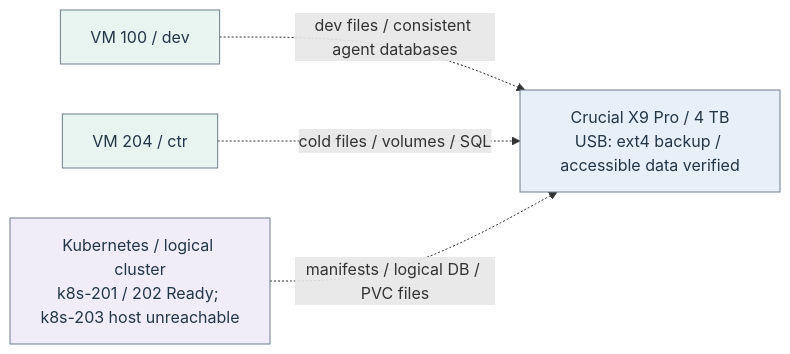
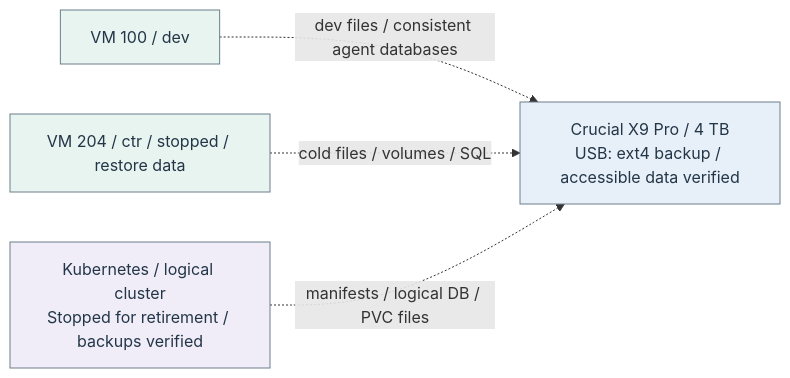
Before and after one commit to Harsh-2002/Homelab: the diagram in docs/architecture/flow-15.mmd, drawn with Mermaid. The commit also changed 77 other files, not shown here.

```diff
--- a/docs/architecture/flow-15.mmd
+++ b/docs/architecture/flow-15.mmd
@@ -1,14 +1,14 @@
 flowchart LR
   n_flow_15_0["Crucial X9 Pro / 4 TB<br/>USB: ext4 backup / accessible data verified"]
   n_flow_15_1["VM 100 / dev"]
-  n_flow_15_2["VM 204 / ctr"]
-  n_flow_15_3["Kubernetes / logical cluster<br/>k8s-201 / 202 Ready; k8s-203 host unreachable"]
+  n_flow_15_2["VM 204 / ctr / stopped / restore data"]
+  n_flow_15_3["Kubernetes / logical cluster<br/>Stopped for retirement / backups verified"]
   n_flow_15_1 -.->|"dev files / consistent agent databases"| n_flow_15_0
   n_flow_15_2 -.->|"cold files / volumes / SQL"| n_flow_15_0
   n_flow_15_3 -.->|"manifests / logical DB / PVC files"| n_flow_15_0
   classDef c_flow_15_0 fill:#e7eff8,stroke:#6c7f8c,color:#233647;
   class n_flow_15_0 c_flow_15_0;
   classDef c_flow_15_1 fill:#e8f4f0,stroke:#6c7f8c,color:#233647;
   class n_flow_15_1,n_flow_15_2 c_flow_15_1;
   classDef c_flow_15_2 fill:#f0edf9,stroke:#6c7f8c,color:#233647;
   class n_flow_15_3 c_flow_15_2;
```
